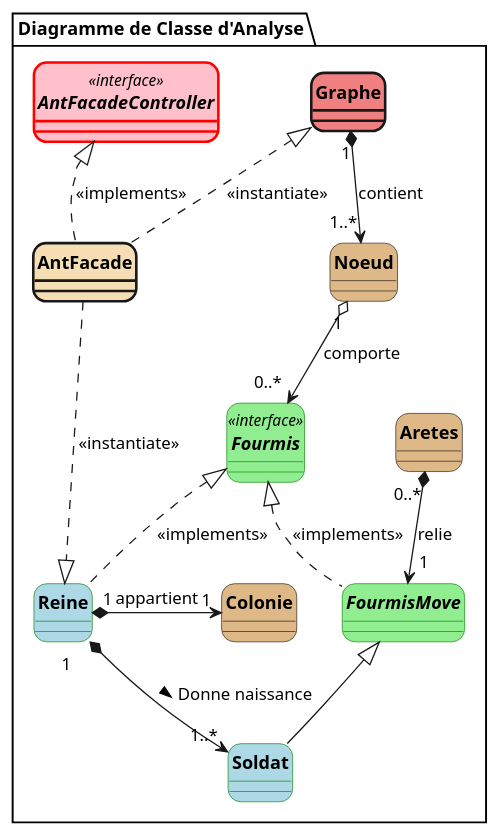
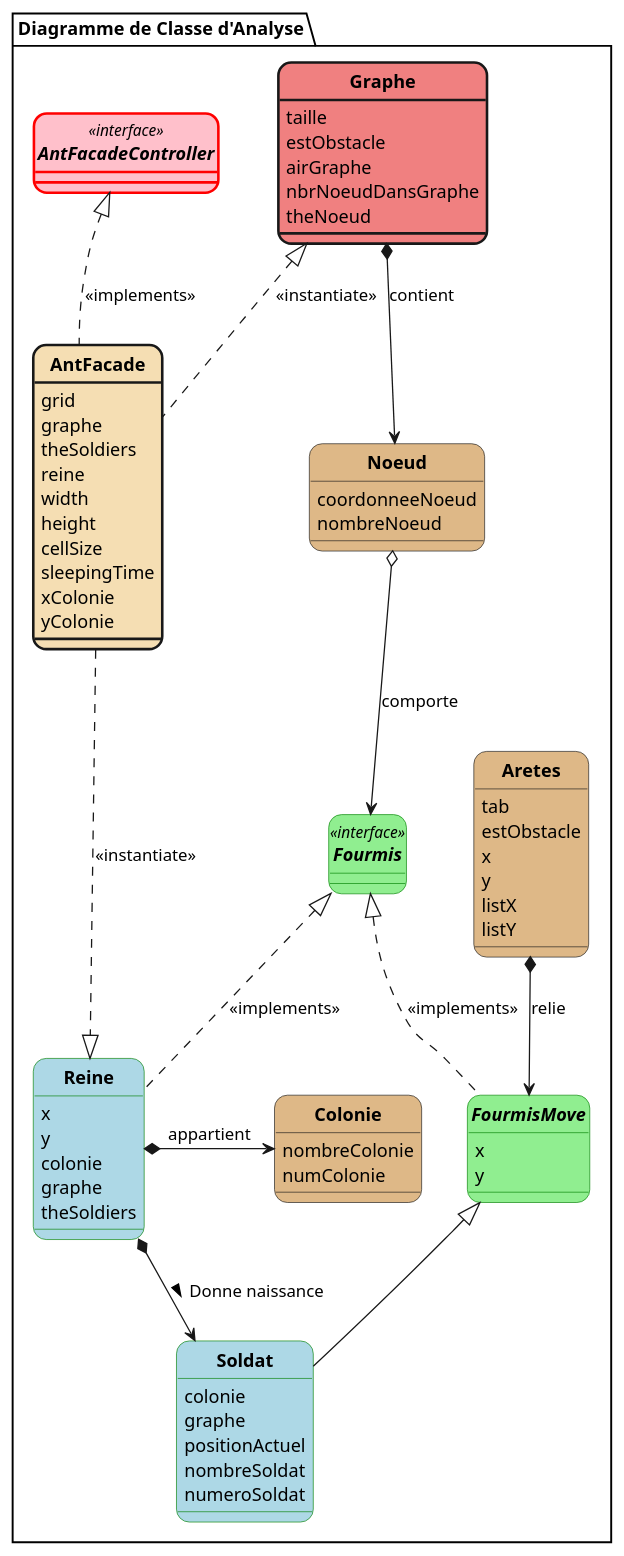
The diagram in plantUML/V1/Fourmis_DC_Analyse.puml (jvondermarck/ant-colony), drawn with PlantUML before and after one commit. The commit also changed 8 other files, not shown here.

```diff
--- a/plantUML/V1/Fourmis_DC_Analyse.puml
+++ b/plantUML/V1/Fourmis_DC_Analyse.puml
@@ -1,46 +1,91 @@
 @startuml
 'https://plantuml.com/class-diagram
 
 skinparam style strictuml
 skinparam classAttributeIconSize 0
 skinparam classFontStyle Bold
 skinparam roundcorner 20
 hide enum methods
 
 package "Diagramme de Classe d'Analyse" <<Folder>> {
     interface AntFacadeController <<interface>> #pink ##[bold]red {}
 
-    class Graphe #lightcoral;line.bold {}
+    class Graphe #lightcoral;line.bold {
+      taille
+      estObstacle
+      airGraphe
+      nbrNoeudDansGraphe
+      theNoeud
+    }
 
-    class Colonie #burlywood {}
+    class Colonie #burlywood {
+        nombreColonie
+        numColonie
+    }
 
-    class Noeud #burlywood {}
+    class Noeud #burlywood {
+    coordonneeNoeud
+    nombreNoeud
+    }
 
-    class AntFacade #back:Wheat;line.bold {}
+    class AntFacade #back:Wheat;line.bold {
+      grid
+      graphe
+      theSoldiers
+      reine
+      width
+      height
+      cellSize
+      sleepingTime
+      xColonie
+      yColonie
+    }
 
-    class Aretes #burlywood {}
+    class Aretes #burlywood {
+      tab
+      estObstacle
+      x
+      y
+      listX
+      listY
+    }
 
     interface Fourmis <<interface>> #lightgreen;line:green {}
 
-    class Reine #lightblue;line:green {}
+    class Reine #lightblue;line:green {
+      x
+      y
+      colonie
+      graphe
+      theSoldiers
+    }
 
-    abstract class FourmisMove #lightgreen;line:green {}
+    abstract class FourmisMove #lightgreen;line:green {
+        x
+        y
+    }
 
-    class Soldat #lightblue;line:green {}
+    class Soldat #lightblue;line:green {
+      colonie
+      graphe
+      positionActuel
+      nombreSoldat
+      numeroSoldat
+    }
 }
 
 AntFacadeController <|.. AntFacade : <<implements>>
 AntFacade .up.|> Graphe : <<instantiate>>
 AntFacade ..|> Reine : <<instantiate>>
 
-Graphe "1" *--> "1..*" Noeud : contient
+Graphe *--> Noeud : contient
 
-FourmisMove "\t\t\t\t1" <--up* "0..*" Aretes : relie
-Reine "1" *-right> "1" Colonie : appartient
-Noeud "1" o--> "0..*\t" Fourmis : comporte
+FourmisMove  <--up*  Aretes : relie
+Reine *-right>  Colonie : appartient
+Noeud o--> Fourmis : comporte
 Fourmis <|.. Reine : <<implements>>
 Fourmis <|.. FourmisMove : <<implements>>
 FourmisMove <|-- Soldat
-Reine "\t\t\t\t\t\t1" *-> "1..*" Soldat : Donne naissance >
+Reine  *->  Soldat : Donne naissance >
 
 @enduml
```
